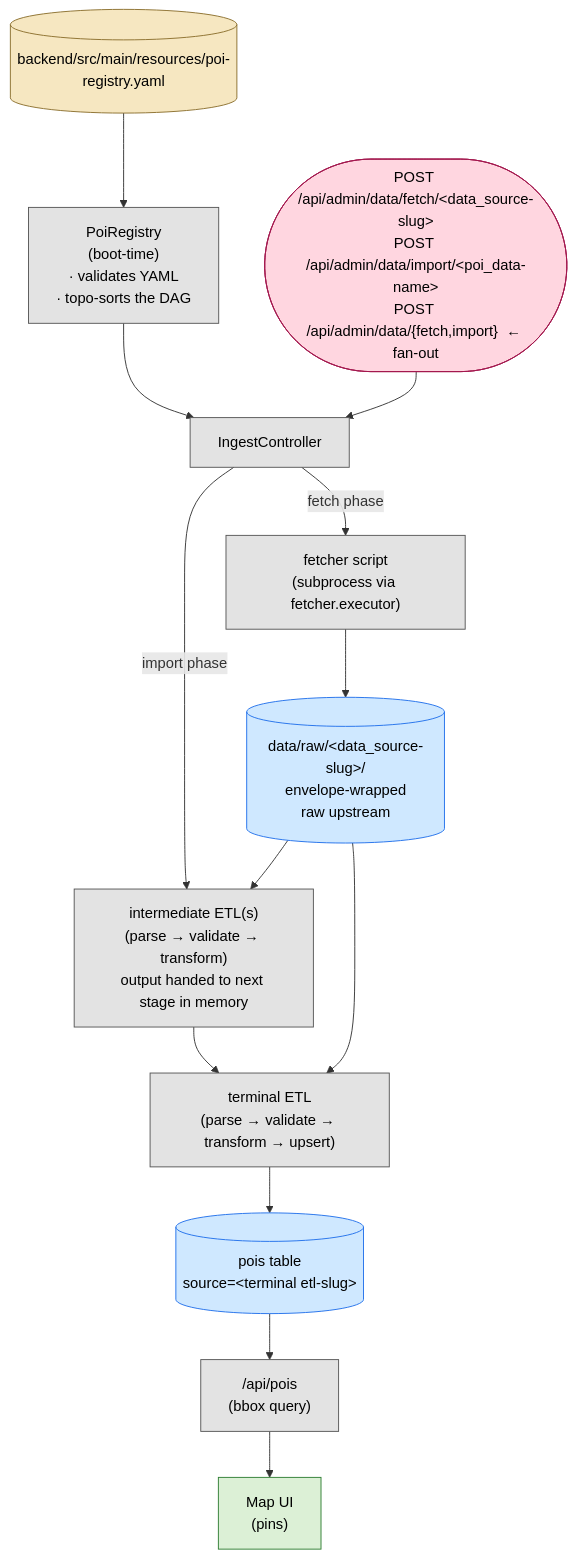
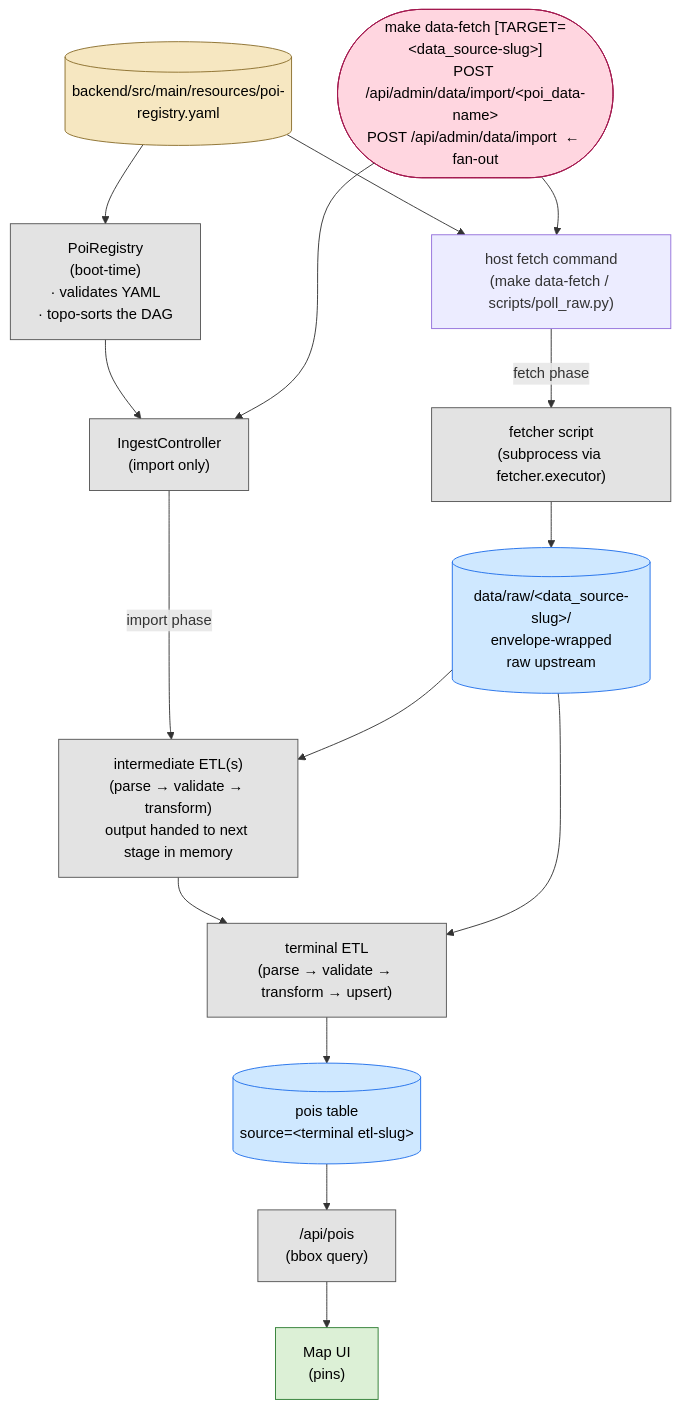
The diagram in docs/adding-a-data-source.md (wwchen/roadtrip), drawn with Mermaid before and after one commit. The commit also changed other lines of this file and 28 other files, not shown here.

Commit message:
refactor: move data fetch outside backend

````diff
--- a/docs/adding-a-data-source.md
+++ b/docs/adding-a-data-source.md
@@ -7,35 +7,38 @@
 ```mermaid
 flowchart TB
     YAML[("backend/src/main/resources/poi-registry.yaml")]
     Registry["PoiRegistry<br/>(boot-time)<br/>· validates YAML<br/>· topo-sorts the DAG"]
-    Ingest["IngestController"]
+    FetchCtl["host fetch command<br/>(make data-fetch / scripts/poll_raw.py)"]
+    Ingest["IngestController<br/>(import only)"]
     Fetcher["fetcher script<br/>(subprocess via fetcher.executor)"]
     Raw[("data/raw/&lt;data_source-slug&gt;/<br/>envelope-wrapped<br/>raw upstream")]
     Inter["intermediate ETL(s)<br/>(parse → validate → transform)<br/>output handed to next stage in memory"]
     Emit["terminal ETL<br/>(parse → validate → transform → upsert)"]
     Pois[("pois table<br/>source=&lt;terminal etl-slug&gt;")]
     PoisAPI["/api/pois<br/>(bbox query)"]
     FE["Map UI<br/>(pins)"]
 
-    Trigger(["POST /api/admin/data/fetch/&lt;data_source-slug&gt;<br/>POST /api/admin/data/import/&lt;poi_data-name&gt;<br/>POST /api/admin/data/{fetch,import}  ← fan-out"])
+    Trigger(["make data-fetch [TARGET=&lt;data_source-slug&gt;]<br/>POST /api/admin/data/import/&lt;poi_data-name&gt;<br/>POST /api/admin/data/import  ← fan-out"])
 
     YAML --> Registry --> Ingest
+    YAML --> FetchCtl
+    Trigger --> FetchCtl
     Trigger --> Ingest
-    Ingest -- fetch phase --> Fetcher --> Raw
+    FetchCtl -- fetch phase --> Fetcher --> Raw
     Ingest -- import phase --> Inter
     Raw --> Inter --> Emit
     Raw --> Emit
     Emit --> Pois
     Pois --> PoisAPI --> FE
 
     classDef cfg fill:#f6e7c1,stroke:#8a6d2b,color:#000
     classDef store fill:#cfe8ff,stroke:#1f6feb,color:#000
     classDef code fill:#e3e3e3,stroke:#555,color:#000
     classDef trig fill:#ffd6e0,stroke:#a3174e,color:#000
     classDef ui fill:#dcf0d6,stroke:#2e7d32,color:#000
     class YAML cfg
     class Raw,Pois store
     class Registry,Ingest,Fetcher,Inter,Emit,PoisAPI code
     class Trigger trig
     class FE ui
 ```
````
